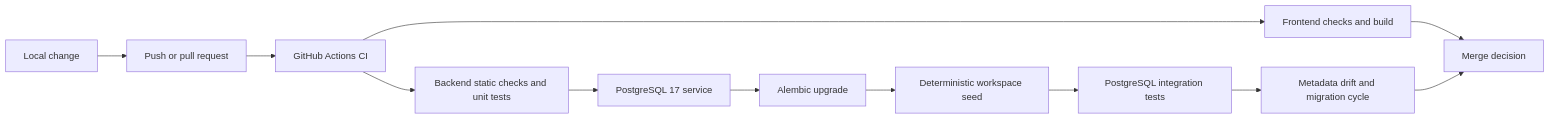
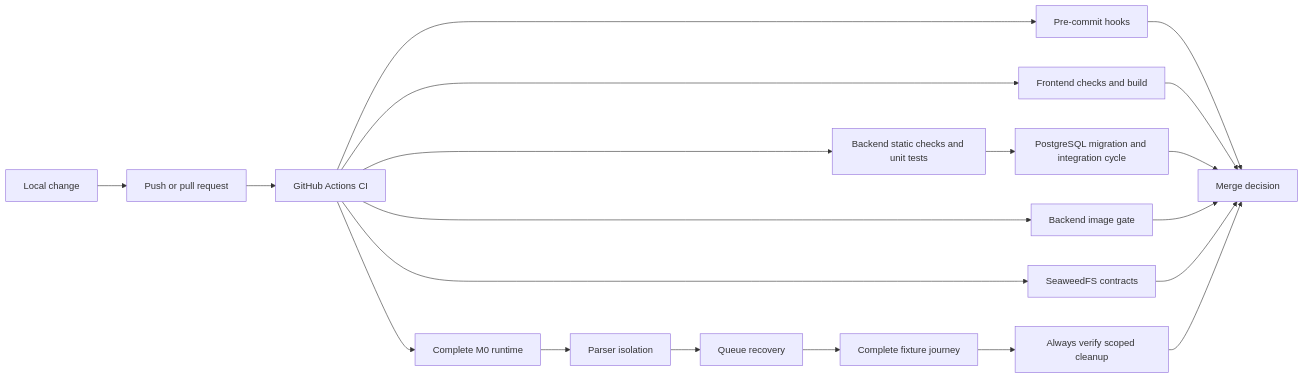
One commit to rnkraus/investment-research changed the diagram in .github/AUTOMATION.md. Above: the diagram before and after it, drawn with Mermaid. The commit also changed other lines of this file and 6 other files, not shown here.

First line of the commit message:
ci(m0): verify complete runtime cleanup

````diff
--- a/.github/AUTOMATION.md
+++ b/.github/AUTOMATION.md
@@ -13,14 +13,22 @@
 ```mermaid
 flowchart LR
     CHANGE[Local change] --> PUSH[Push or pull request]
     PUSH --> CI[GitHub Actions CI]
+    CI --> PRECOMMIT[Pre-commit hooks]
     CI --> FRONTEND[Frontend checks and build]
     CI --> BACKEND[Backend static checks and unit tests]
-    BACKEND --> POSTGRES[PostgreSQL 17 service]
-    POSTGRES --> MIGRATE[Alembic upgrade]
-    MIGRATE --> SEED[Deterministic workspace seed]
-    SEED --> INTEGRATION[PostgreSQL integration tests]
-    INTEGRATION --> DRIFT[Metadata drift and migration cycle]
+    CI --> IMAGES[Backend image gate]
+    CI --> STORAGE[SeaweedFS contracts]
+    CI --> RUNTIME[Complete M0 runtime]
+    BACKEND --> POSTGRES[PostgreSQL migration and integration cycle]
+    RUNTIME --> PARSER[Parser isolation]
+    PARSER --> RECOVERY[Queue recovery]
+    RECOVERY --> JOURNEY[Complete fixture journey]
+    JOURNEY --> CLEANUP[Always verify scoped cleanup]
+    PRECOMMIT --> GATE[Merge decision]
     FRONTEND --> GATE[Merge decision]
-    DRIFT --> GATE
+    POSTGRES --> GATE
+    IMAGES --> GATE
+    STORAGE --> GATE
+    CLEANUP --> GATE
 ```
````
